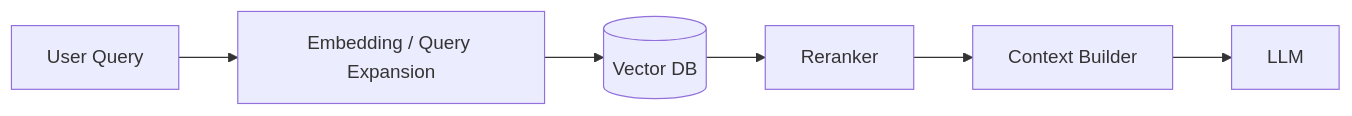
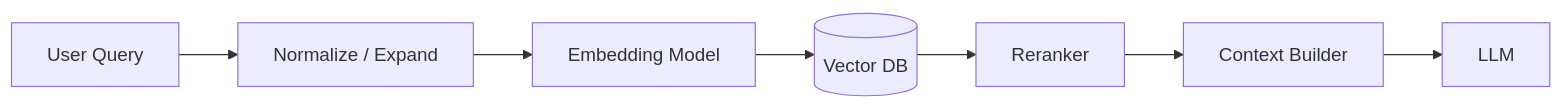
One commit to gojosatoru123-ux/CacheU changed the fifth of 11 diagrams in src/content/design-a-realtime-ai-chat-system.md. Above: the diagram before and after it, drawn with Mermaid. The commit also changed other lines of this file and 17 other files, not shown here.

````diff
--- a/src/content/design-a-realtime-ai-chat-system.md
+++ b/src/content/design-a-realtime-ai-chat-system.md
@@ -711,8 +607,9 @@
 ```mermaid
 flowchart LR
-    Query[User Query] --> Embed[Embedding / Query Expansion]
+    Query[User Query] --> Normalize[Normalize / Expand]
+    Normalize --> Embed[Embedding Model]
     Embed --> VectorDB[(Vector DB)]
-    VectorDB --> Ranker[Reranker]
-    Ranker --> Prompt[Context Builder]
-    Prompt --> Model[LLM]
+    VectorDB --> Rerank[Reranker]
+    Rerank --> Context[Context Builder]
+    Context --> LLM[LLM]
 ```
````
